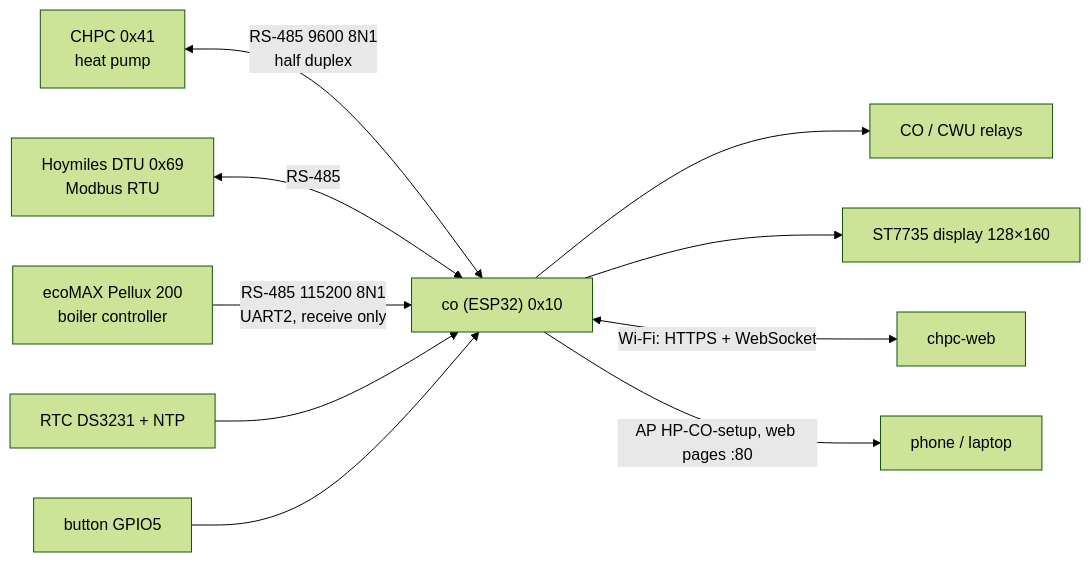
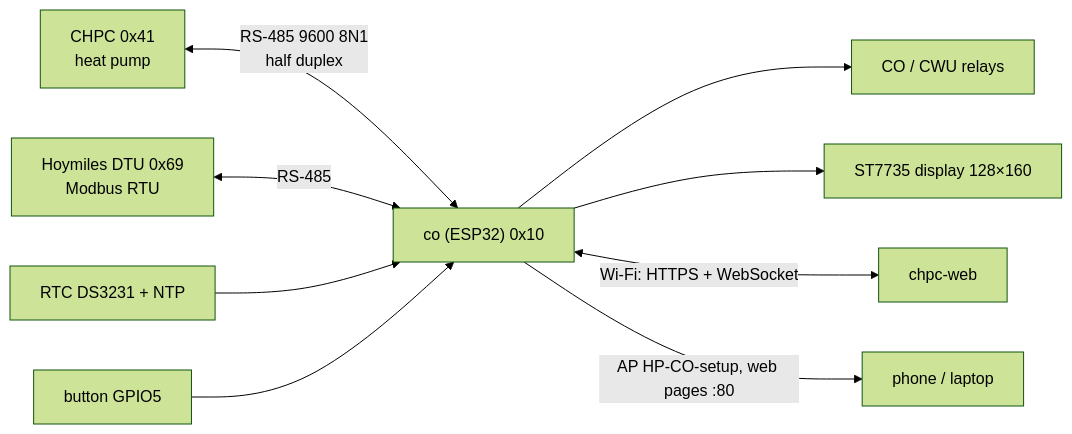
The first of 5 diagrams in devices/co/docs/en/2-how-it-works.md (robertorlowski/chpc-web), drawn with Mermaid (forest theme) before and after one commit. The commit also changed other lines of this file and 51 other files, not shown here.

````diff
--- a/devices/co/docs/en/2-how-it-works.md
+++ b/devices/co/docs/en/2-how-it-works.md
@@ -7,13 +7,12 @@
 ```mermaid
 flowchart LR
     CHPC["CHPC 0x41<br/>heat pump"] <-- "RS-485 9600 8N1<br/>half duplex" --> CO
     DTU["Hoymiles DTU 0x69<br/>Modbus RTU"] <-- "RS-485" --> CO
-    ECO["ecoMAX Pellux 200<br/>boiler controller"] -- "RS-485 115200 8N1<br/>UART2, receive only" --> CO
     CO["co (ESP32) 0x10"]
     CO --> REL["CO / CWU relays"]
     CO --> LCD["ST7735 display 128×160"]
     RTC["RTC DS3231 + NTP"] --> CO
     BTN["button GPIO5"] --> CO
     CO <-- "Wi-Fi: HTTPS + WebSocket" --> SRV["chpc-web"]
     CO -- "AP HP-CO-setup, web pages :80" --> USR["phone / laptop"]
 ```
````
